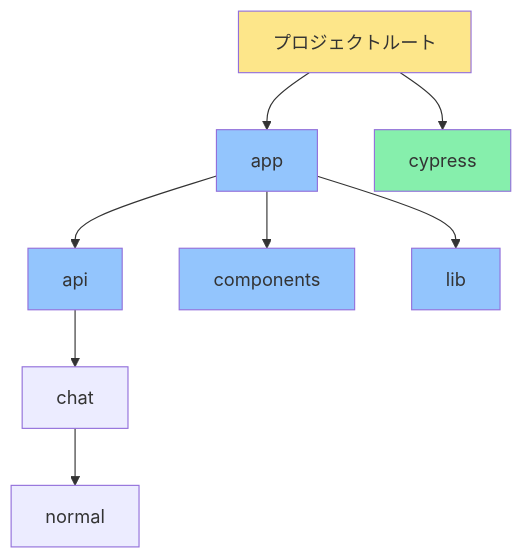
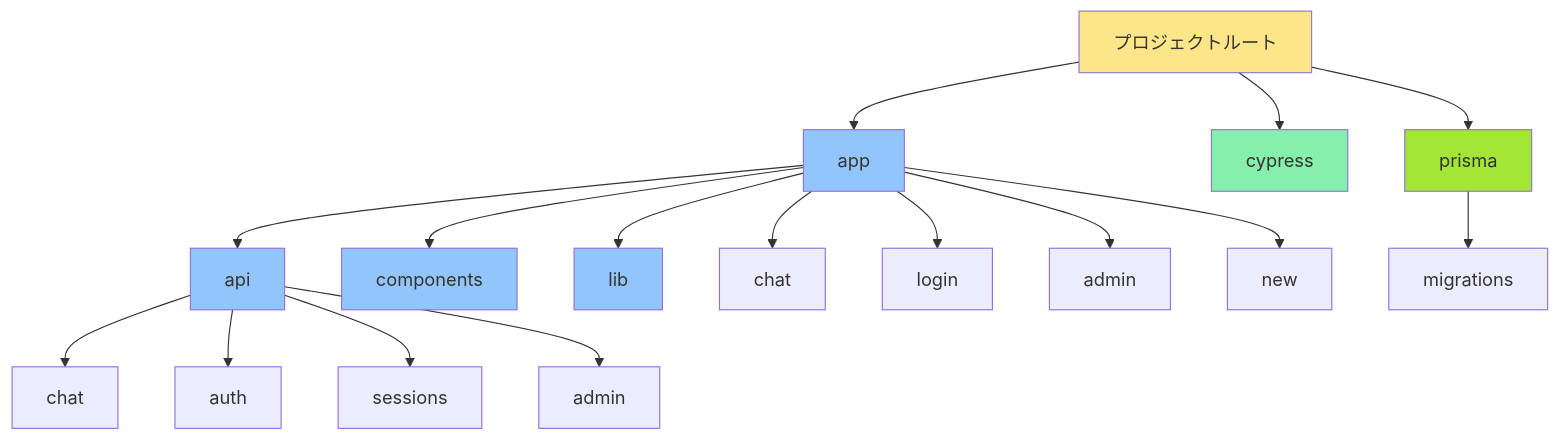
One commit to jydie5/Next.js-OpenAI-Chat-Bot changed the fourth of 4 diagrams in README.md. Above: the diagram before and after it, drawn with Mermaid. The commit also changed other lines of this file, not shown here.

````diff
--- a/README.md
+++ b/README.md
@@ -120,16 +199,25 @@
 ```mermaid
 graph TD
     A[プロジェクトルート] --> B[app]
     A --> C[cypress]
+    A --> P[prisma]
     B --> D[api]
     B --> E[components]
     B --> F[lib]
+    B --> I[chat]
+    B --> J[login]
+    B --> K[admin]
+    B --> L[new]
     D --> G[chat]
-    G --> H[normal]
+    D --> M[auth]
+    D --> N[sessions]
+    D --> O[admin]
+    P --> Q[migrations]
     style A fill:#fde68a
     style B fill:#93c5fd
     style C fill:#86efac
     style D fill:#93c5fd
     style E fill:#93c5fd
     style F fill:#93c5fd
+    style P fill:#a3e635
 ```
````
